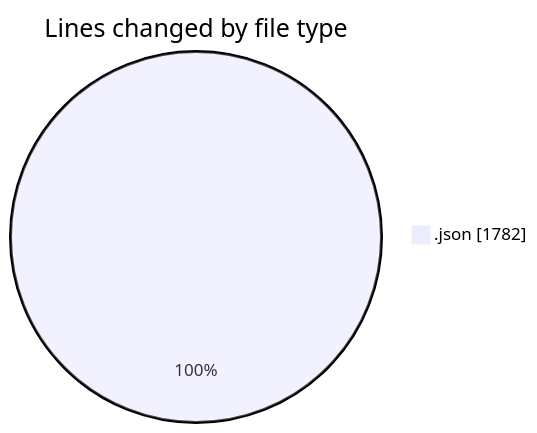
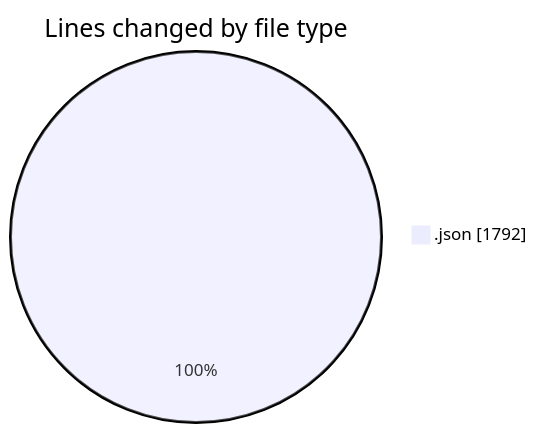
One commit to EIIisD/code-tracking changed the first of 2 diagrams in 2025-07-29/_claude/README.md. Above: the diagram before and after it, drawn with Mermaid. The commit also changed other lines of this file and 1 other file, not shown here.

````diff
--- a/2025-07-29/_claude/README.md
+++ b/2025-07-29/_claude/README.md
@@ -20,5 +20,5 @@
 ```mermaid
 pie showData
 title Lines changed by file type
-".json" : 1782
+".json" : 1792
 ```
````
